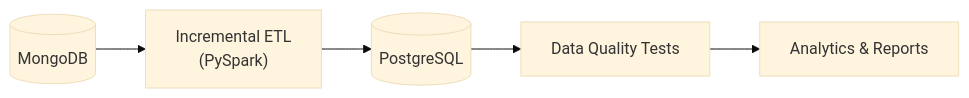
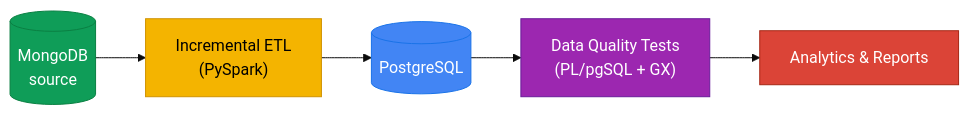
One commit to Nitinx12/Bike-Store-Relational-Database changed the diagram in README.md. Above: the diagram before and after it, drawn with Mermaid (base theme). The commit also changed other lines of this file and 7 other files, not shown here.

First line of the commit message:
docs: refresh all docs with colored Mermaid diagrams and fix paths

````diff
--- a/README.md
+++ b/README.md
@@ -15,7 +13,13 @@
 ```mermaid
 flowchart LR
-    A[("MongoDB")] --> B["Incremental ETL<br/>(PySpark)"]
-    B --> C[("PostgreSQL")]
-    C --> D["Data Quality Tests"]
-    D --> E["Analytics & Reports"]
+    classDef source fill:#0f9d58,stroke:#0b8043,color:#ffffff
+    classDef etl fill:#f4b400,stroke:#d09200,color:#000000
+    classDef target fill:#4285f4,stroke:#1a73e8,color:#ffffff
+    classDef qa fill:#9c27b0,stroke:#6a1b9a,color:#ffffff
+    classDef output fill:#db4437,stroke:#a52714,color:#ffffff
+
+    A[("MongoDB<br/>source")]:::source --> B["Incremental ETL<br/>(PySpark)"]:::etl
+    B --> C[("PostgreSQL")]:::target
+    C --> D["Data Quality Tests<br/>(PL/pgSQL + GX)"]:::qa
+    D --> E["Analytics & Reports"]:::output
 ```
````
